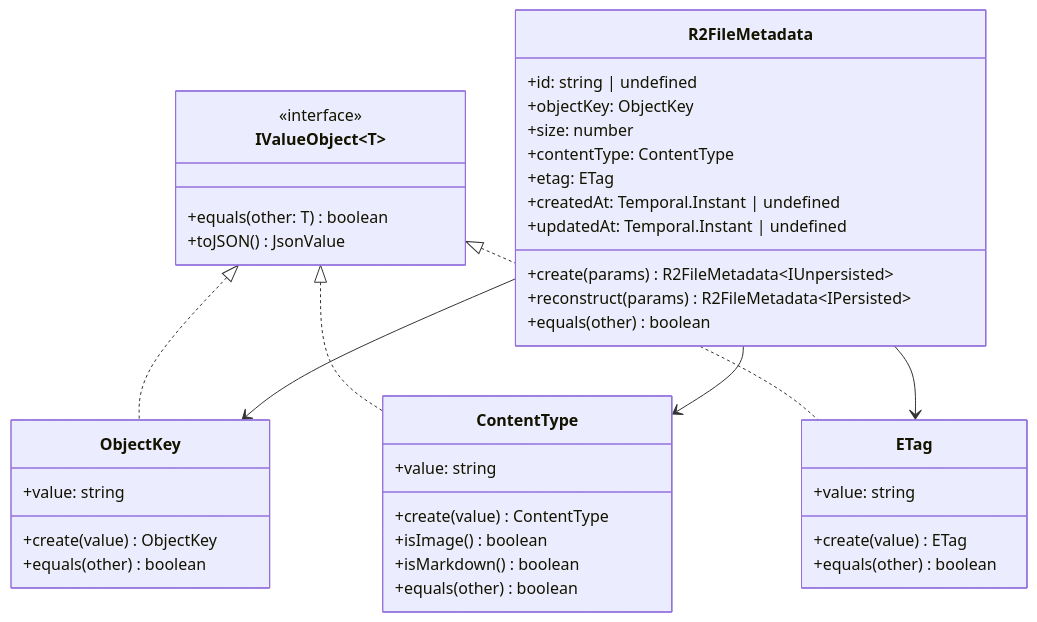
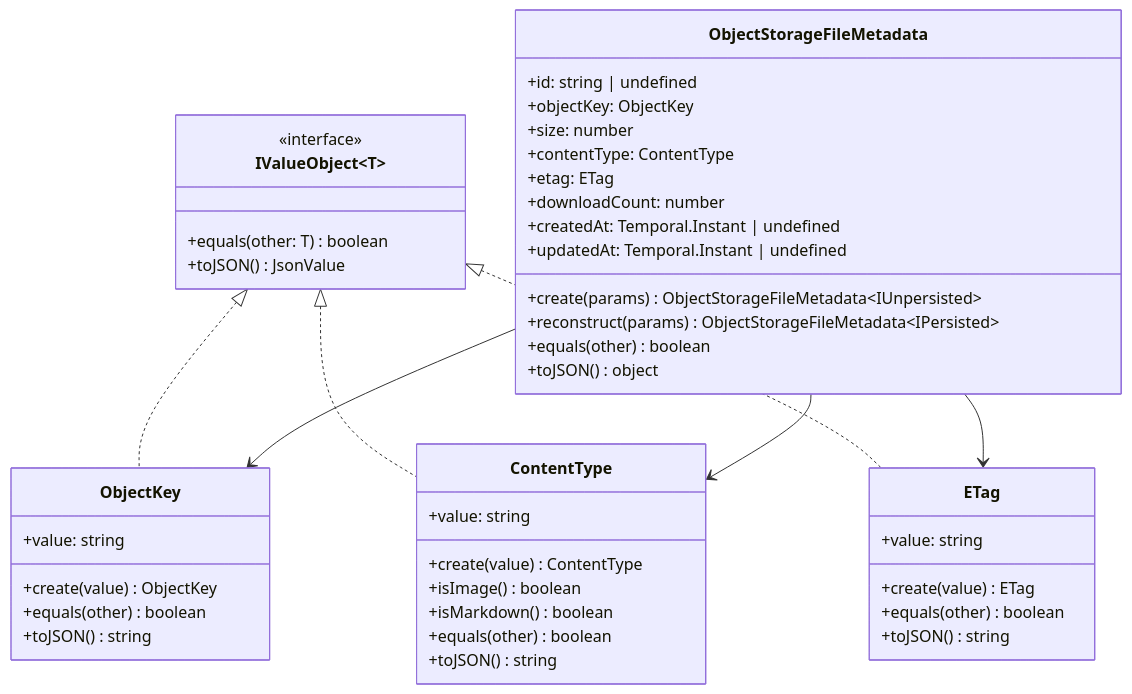
The fifth of 5 diagrams in .kiro/specs/r2-download-demo/design.md (yantene/yantene.net), drawn with Mermaid before and after one commit. The commit also changed other lines of this file and 2 other files, not shown here.

Commit message:
ドメイン層命名を object-storage に統一 + 設計フェーズ完了

````diff
--- a/.kiro/specs/r2-download-demo/design.md
+++ b/.kiro/specs/r2-download-demo/design.md
@@ -784,48 +703,53 @@
 ```mermaid
 classDiagram
     class IValueObject~T~ {
         <<interface>>
         +equals(other: T) boolean
         +toJSON() JsonValue
     }
 
-    class R2FileMetadata {
+    class ObjectStorageFileMetadata {
         +id: string | undefined
         +objectKey: ObjectKey
         +size: number
         +contentType: ContentType
         +etag: ETag
+        +downloadCount: number
         +createdAt: Temporal.Instant | undefined
         +updatedAt: Temporal.Instant | undefined
-        +create(params) R2FileMetadata~IUnpersisted~
-        +reconstruct(params) R2FileMetadata~IPersisted~
+        +create(params) ObjectStorageFileMetadata~IUnpersisted~
+        +reconstruct(params) ObjectStorageFileMetadata~IPersisted~
         +equals(other) boolean
+        +toJSON() object
     }
 
     class ObjectKey {
         +value: string
         +create(value) ObjectKey
         +equals(other) boolean
+        +toJSON() string
     }
 
     class ContentType {
         +value: string
         +create(value) ContentType
         +isImage() boolean
         +isMarkdown() boolean
         +equals(other) boolean
+        +toJSON() string
     }
 
     class ETag {
         +value: string
         +create(value) ETag
         +equals(other) boolean
+        +toJSON() string
     }
 
     IValueObject~T~ <|.. ObjectKey
     IValueObject~T~ <|.. ContentType
     IValueObject~T~ <|.. ETag
-    R2FileMetadata --> ObjectKey
-    R2FileMetadata --> ContentType
-    R2FileMetadata --> ETag
+    ObjectStorageFileMetadata --> ObjectKey
+    ObjectStorageFileMetadata --> ContentType
+    ObjectStorageFileMetadata --> ETag
 ```
````
